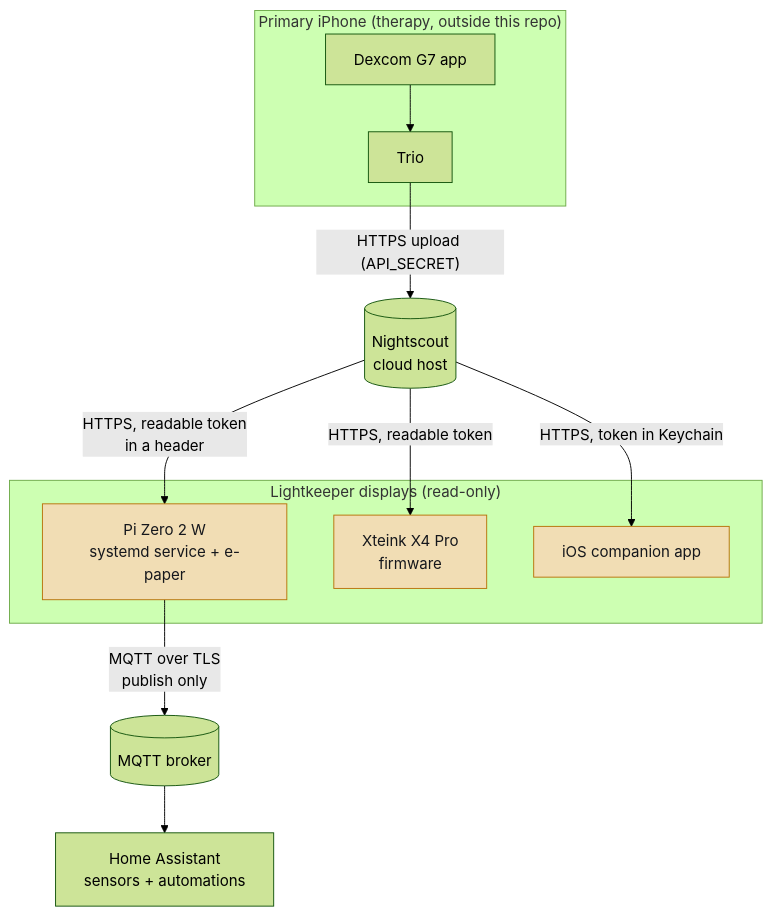
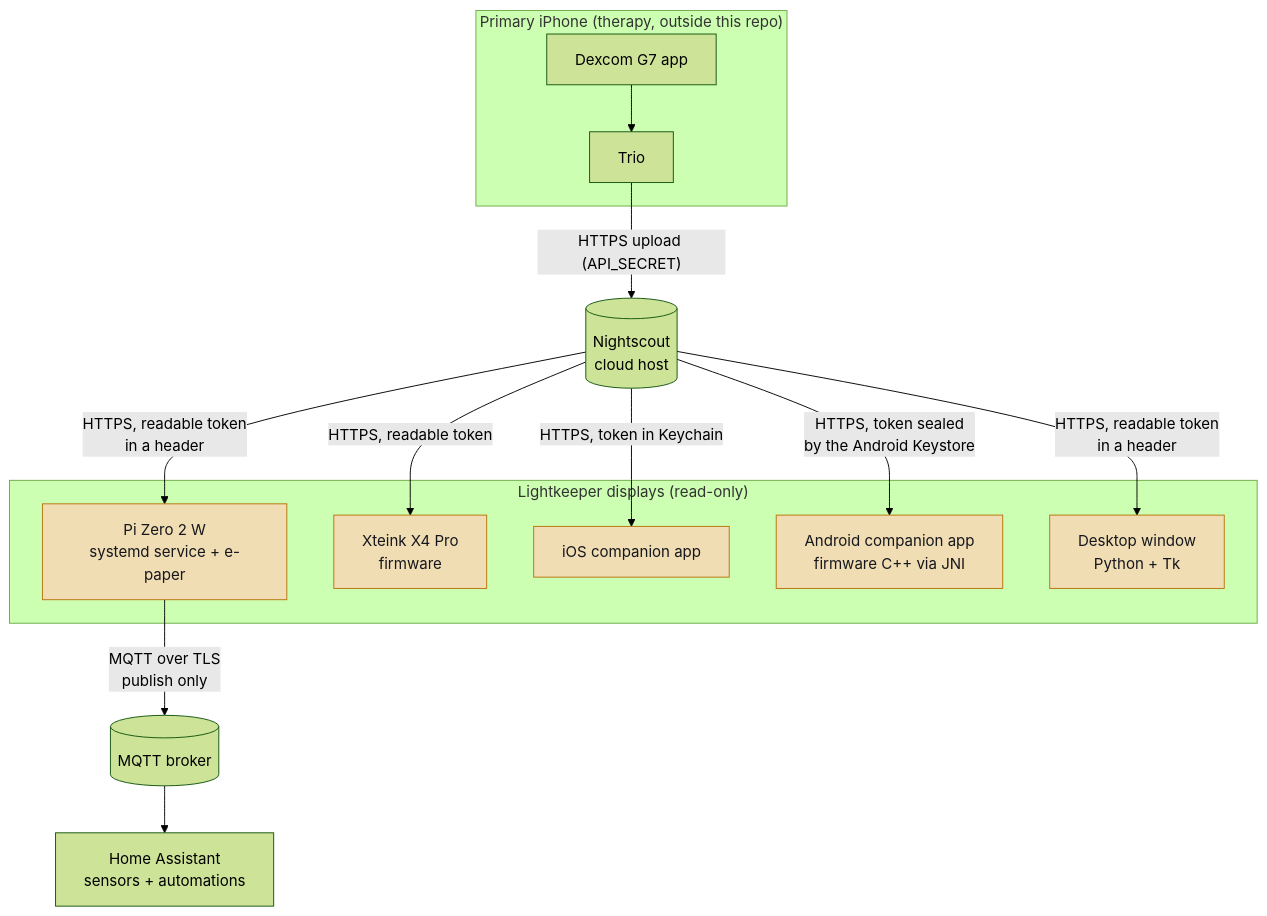
One commit to esanacore/lightkeeper changed the diagram in assets/diagrams/deployment.mmd. Above: the diagram before and after it, drawn with Mermaid (forest theme). The commit also changed 18 other files, not shown here.

First line of the commit message:
docs: architecture, setup, operations and OTS for the desktop window and the Android app

```diff
--- a/assets/diagrams/deployment.mmd
+++ b/assets/diagrams/deployment.mmd
@@ -1,18 +1,22 @@
 flowchart TD
     subgraph Phone["Primary iPhone (therapy, outside this repo)"]
         G7[Dexcom G7 app] --> Trio[Trio]
     end
     Trio -- "HTTPS upload (API_SECRET)" --> NS[(Nightscout<br/>cloud host)]
     subgraph Displays["Lightkeeper displays (read-only)"]
         Pi[Pi Zero 2 W<br/>systemd service + e-paper]
         X4[Xteink X4 Pro<br/>firmware]
         App[iOS companion app]
+        Droid[Android companion app<br/>firmware C++ via JNI]
+        Desk[Desktop window<br/>Python + Tk]
     end
     NS -- "HTTPS, readable token<br/>in a header" --> Pi
     NS -- "HTTPS, readable token" --> X4
     NS -- "HTTPS, token in Keychain" --> App
+    NS -- "HTTPS, token sealed<br/>by the Android Keystore" --> Droid
+    NS -- "HTTPS, readable token<br/>in a header" --> Desk
     Pi -- "MQTT over TLS<br/>publish only" --> MQ[(MQTT broker)]
     MQ --> HA[Home Assistant<br/>sensors + automations]
 
     classDef ours fill:#F1DDB4,stroke:#B8730A,color:#15171C
-    class Pi,X4,App ours
+    class Pi,X4,App,Droid,Desk ours
```
